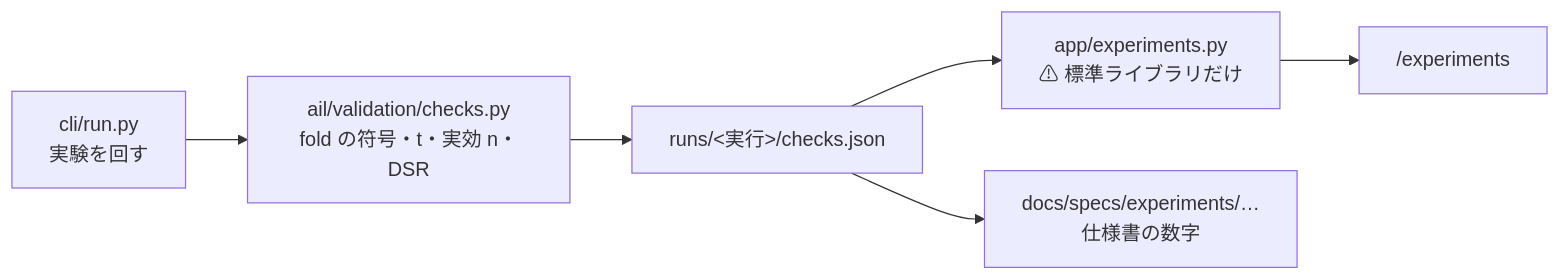
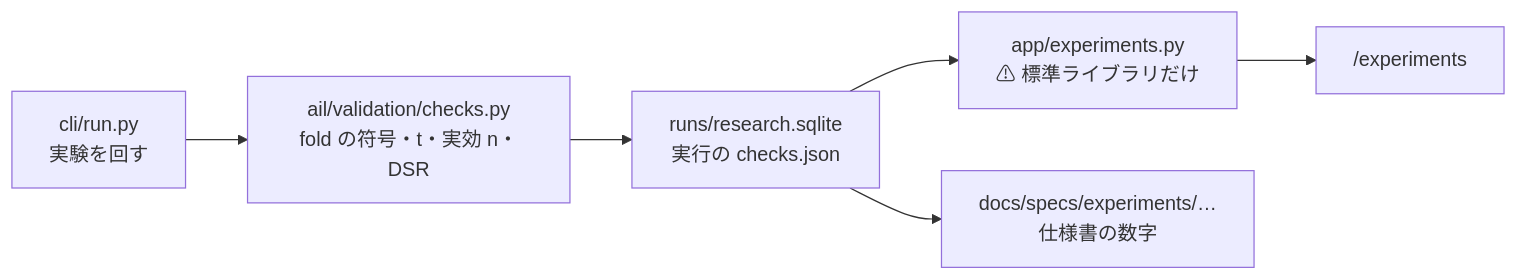
Before and after one commit to akiraak/ai-income-lab: the fourth of 18 diagrams in docs/specs/dashboard.md, drawn with Mermaid. The commit also changed other lines of this file and 52 other files, not shown here.

First line of the commit message:
研究の記録を DB（runs/research.sqlite）に移し、予測モデル名の命名規則を足した — 言葉も分かりやすくした

````diff
--- a/docs/specs/dashboard.md
+++ b/docs/specs/dashboard.md
@@ -199,8 +199,8 @@
 ```mermaid
 flowchart LR
   R["cli/run.py<br/>実験を回す"] --> C["ail/validation/checks.py<br/>fold の符号・t・実効 n・DSR"]
-  C --> J["runs/&lt;実行&gt;/checks.json"]
+  C --> J["runs/research.sqlite<br/>実行の checks.json"]
   J --> D["app/experiments.py<br/>⚠ 標準ライブラリだけ"]
   D --> V["/experiments"]
   J --> S["docs/specs/experiments/…<br/>仕様書の数字"]
 ```
````
